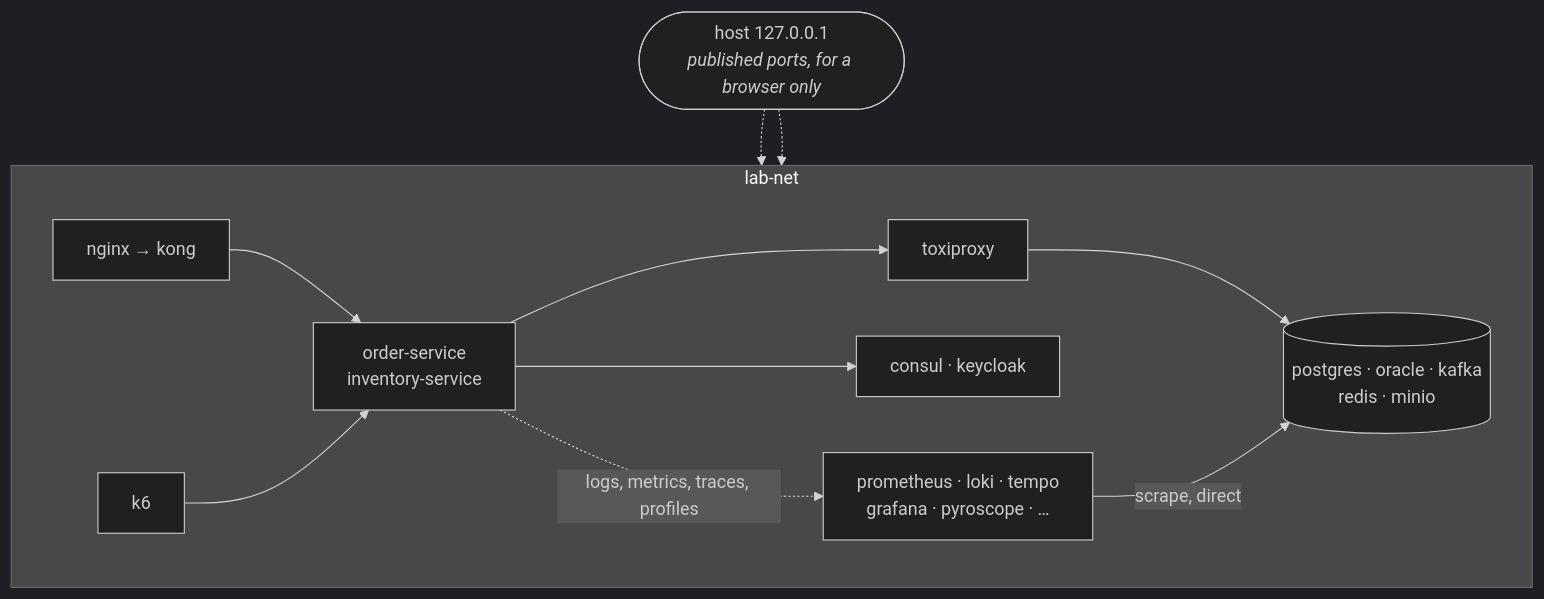
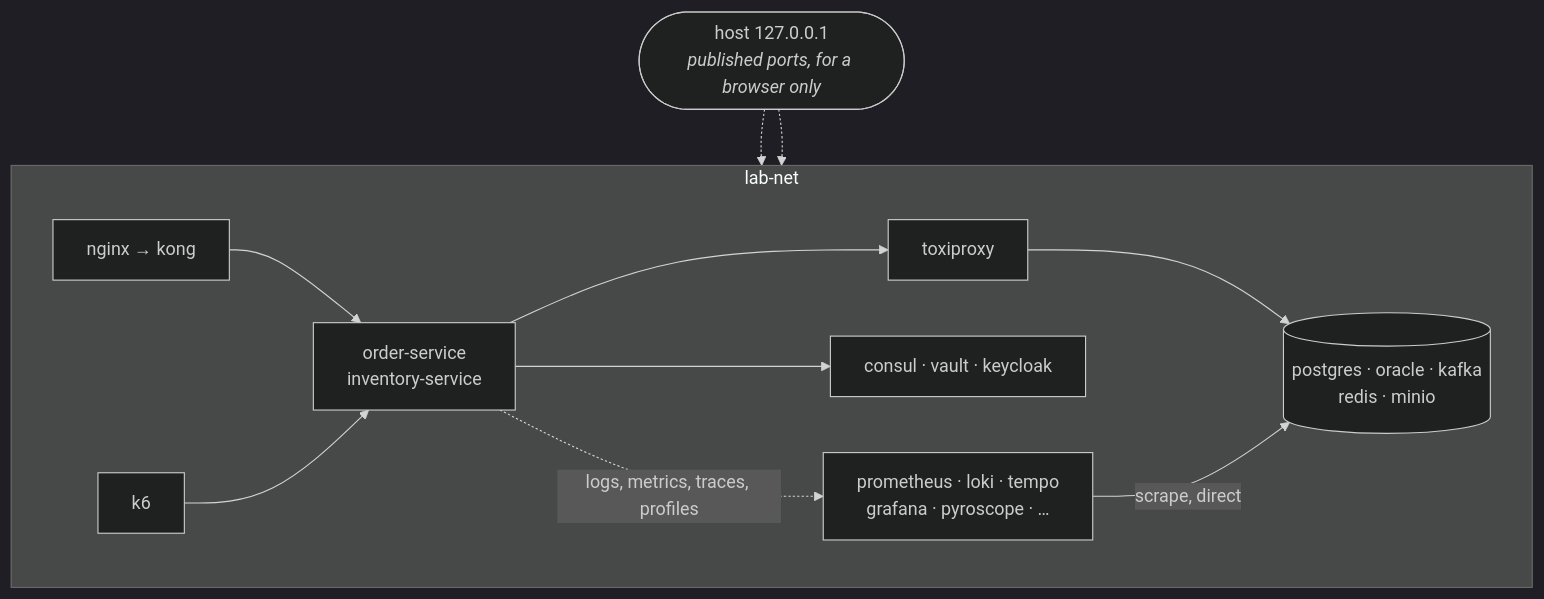
One commit to minhvuongvu/observability-lab-parent changed the diagram in docs/Infrastructure.md. Above: the diagram before and after it, drawn with Mermaid (dark theme). The commit also changed other lines of this file and 44 other files, not shown here.

````diff
--- a/docs/Infrastructure.md
+++ b/docs/Infrastructure.md
@@ -95,23 +96,23 @@
 ```mermaid
 flowchart TB
     H([host 127.0.0.1<br/><i>published ports, for a browser only</i>])
     subgraph lab-net
         direction LR
         EDGE[nginx → kong]
         SVC[order-service<br/>inventory-service]
         TOX[toxiproxy]
         DATA[(postgres · oracle · kafka<br/>redis · minio)]
-        PLAT[consul · keycloak]
+        PLAT[consul · vault · keycloak]
         OBS[prometheus · loki · tempo<br/>grafana · pyroscope · …]
         K6[k6]
 
         EDGE --> SVC
         SVC --> TOX --> DATA
         SVC --> PLAT
         SVC -.->|logs, metrics, traces, profiles| OBS
         OBS -->|scrape, direct| DATA
         K6 --> SVC
     end
     H -.-> EDGE
     H -.-> OBS
 ```
````
